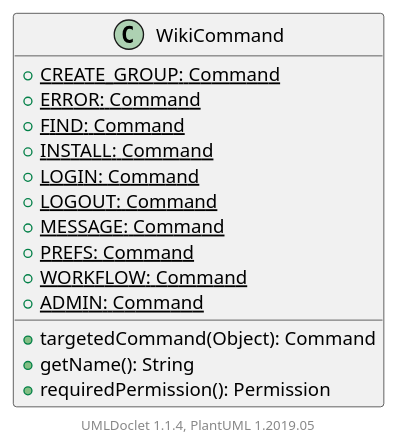
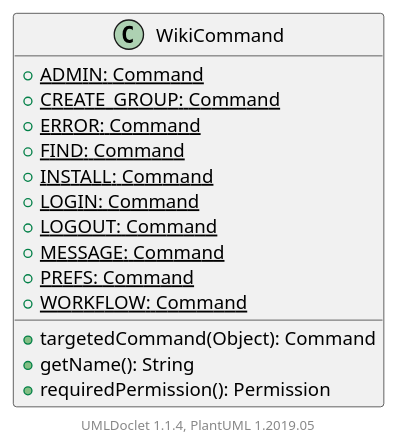
One commit to apache/jspwiki-site changed the diagram in apidocs/2.11.0.M7-SNAPSHOT/org/apache/wiki/ui/WikiCommand.puml. Above: the diagram before and after it, drawn with PlantUML. The commit also changed other lines of this file and 1432 other files, not shown here.

```diff
--- a/apidocs/2.11.0.M7-SNAPSHOT/org/apache/wiki/ui/WikiCommand.puml
+++ b/apidocs/2.11.0.M7-SNAPSHOT/org/apache/wiki/ui/WikiCommand.puml
@@ -1,21 +1,21 @@
 @startuml
 
     class WikiCommand [[WikiCommand.html]] {
+        {static} +ADMIN: Command
         {static} +CREATE_GROUP: Command
         {static} +ERROR: Command
         {static} +FIND: Command
         {static} +INSTALL: Command
         {static} +LOGIN: Command
         {static} +LOGOUT: Command
         {static} +MESSAGE: Command
         {static} +PREFS: Command
         {static} +WORKFLOW: Command
-        {static} +ADMIN: Command
         +targetedCommand(Object): Command
         +getName(): String
         +requiredPermission(): Permission
     }
 
 
     center footer UMLDoclet 1.1.4, PlantUML 1.2019.05
 @enduml
```
